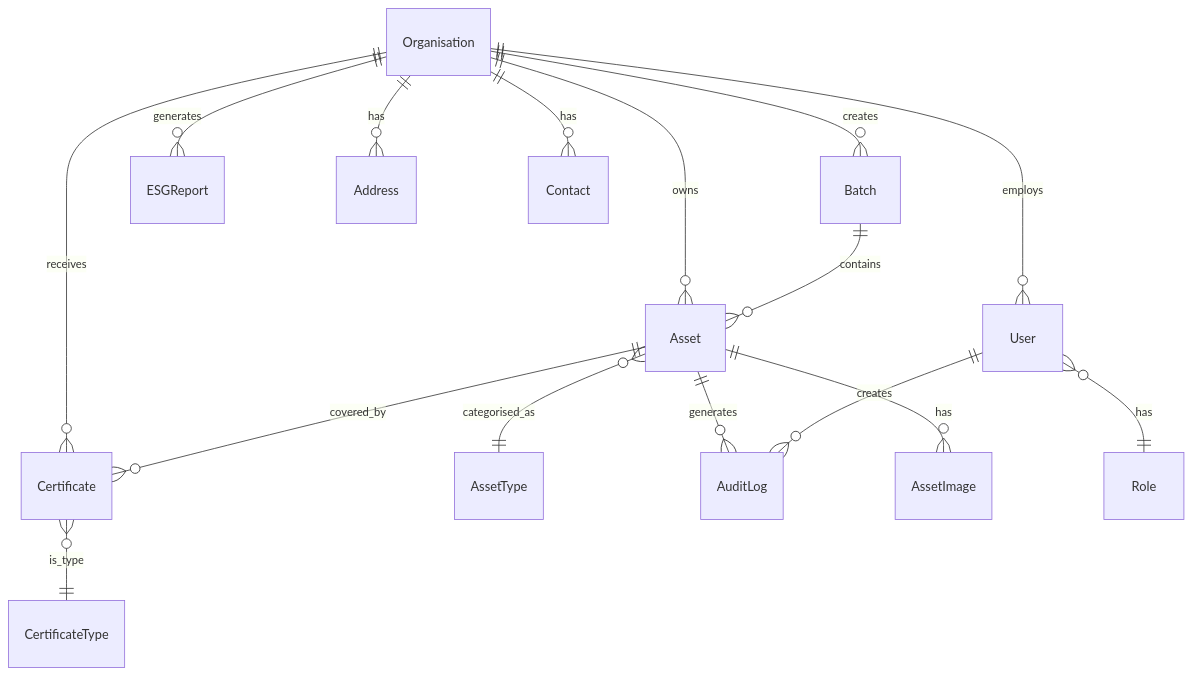
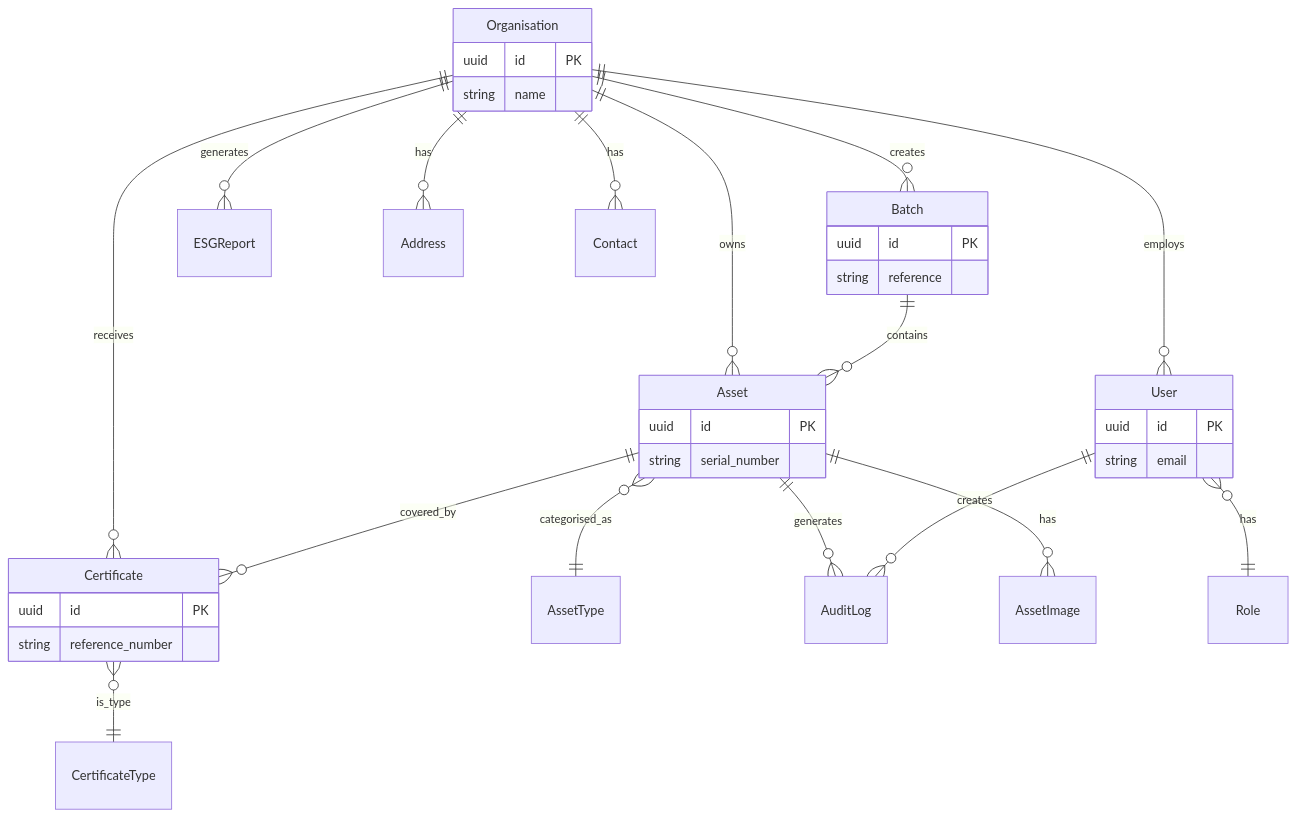
Before and after one commit to nugehs/ai-reclaim-m0: the first of 3 diagrams in docs/02-data-model/README.md, drawn with Mermaid. The commit also changed other lines of this file and 12 other files, not shown here.

````diff
--- a/docs/02-data-model/README.md
+++ b/docs/02-data-model/README.md
@@ -62,21 +62,42 @@
 ```mermaid
 erDiagram
     Organisation ||--o{ User : employs
     Organisation ||--o{ Asset : owns
     Organisation ||--o{ Batch : creates
     Organisation ||--o{ Certificate : receives
     Organisation ||--o{ ESGReport : generates
     Organisation ||--o{ Address : has
     Organisation ||--o{ Contact : has
 
     Batch ||--o{ Asset : contains
     Asset }o--|| AssetType : categorised_as
     Asset ||--o{ Certificate : covered_by
     Asset ||--o{ AuditLog : generates
     Asset ||--o{ AssetImage : has
 
     User ||--o{ AuditLog : creates
     User }o--|| Role : has
 
     Certificate }o--|| CertificateType : is_type
+
+    Organisation {
+        uuid id PK
+        string name
+    }
+    User {
+        uuid id PK
+        string email
+    }
+    Asset {
+        uuid id PK
+        string serial_number
+    }
+    Batch {
+        uuid id PK
+        string reference
+    }
+    Certificate {
+        uuid id PK
+        string reference_number
+    }
 ```
````
